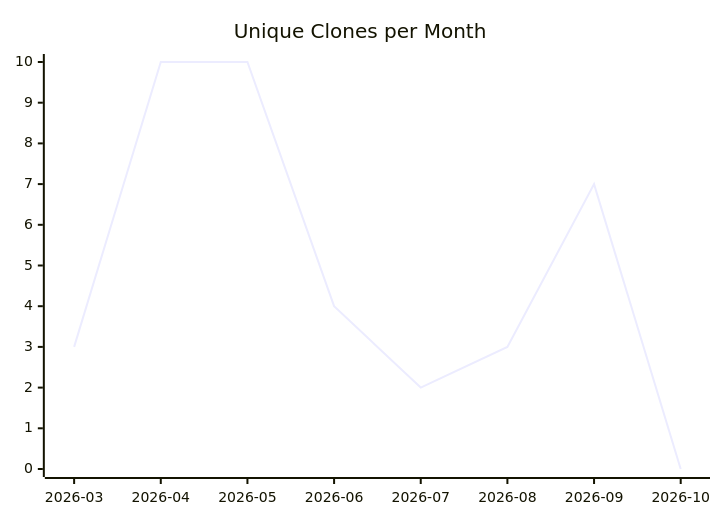
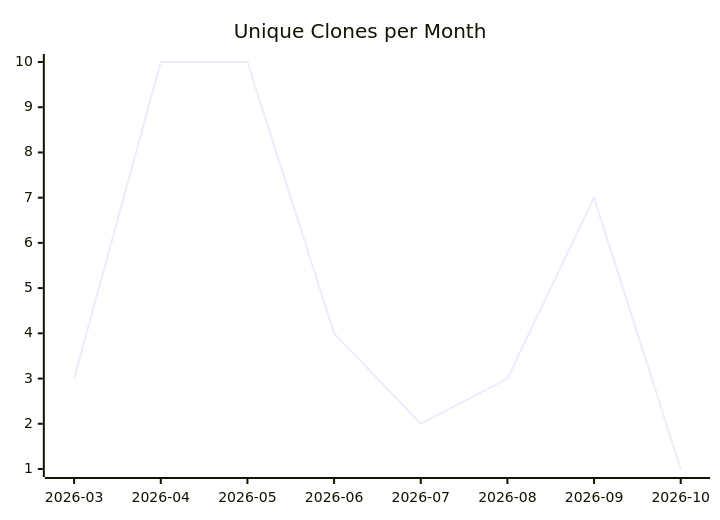
The third of 3 diagrams in karlmdavis/stockfighter-trades-solutions/README.md (justdavis-family/github-analytics-data), drawn with Mermaid before and after one commit. The commit also changed other lines of this file and 200 other files, not shown here.

````diff
--- a/karlmdavis/stockfighter-trades-solutions/README.md
+++ b/karlmdavis/stockfighter-trades-solutions/README.md
@@ -19,6 +19,6 @@
 ```mermaid
 xychart-beta
   title "Unique Clones per Month"
   x-axis ["2026-03", "2026-04", "2026-05", "2026-06", "2026-07", "2026-08", "2026-09", "2026-10"]
-  line [3, 10, 10, 4, 2, 3, 7, 0]
+  line [3, 10, 10, 4, 2, 3, 7, 1]
 ```
````
